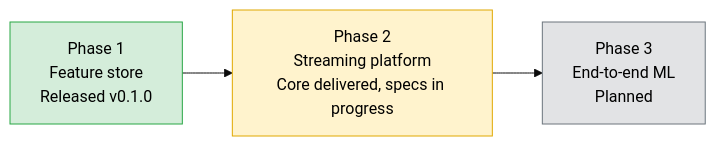
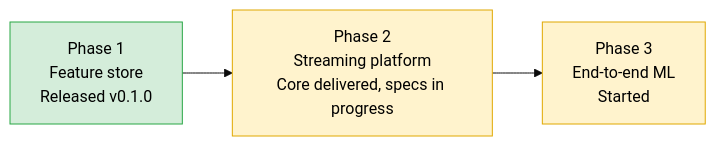
One commit to oster-dev/featureforge changed the ninth of 9 diagrams in ARCHITECTURE.md. Above: the diagram before and after it, drawn with Mermaid (base theme). The commit also changed other lines of this file and 9 other files, not shown here.

````diff
--- a/ARCHITECTURE.md
+++ b/ARCHITECTURE.md
@@ -346,11 +408,11 @@
 ```mermaid
 flowchart LR
     P1[Phase 1<br/>Feature store<br/>Released v0.1.0]:::done
     P2[Phase 2<br/>Streaming platform<br/>Core delivered, specs in progress]:::wip
-    P3[Phase 3<br/>End-to-end ML<br/>Planned]:::plan
+    P3[Phase 3<br/>End-to-end ML<br/>Started]:::wip
     P1 --> P2 --> P3
 
     classDef done fill:#d4edda,stroke:#28a745,color:#000
     classDef wip fill:#fff3cd,stroke:#e0a800,color:#000
     classDef plan fill:#e2e3e5,stroke:#6c757d,color:#000
 ```
````
